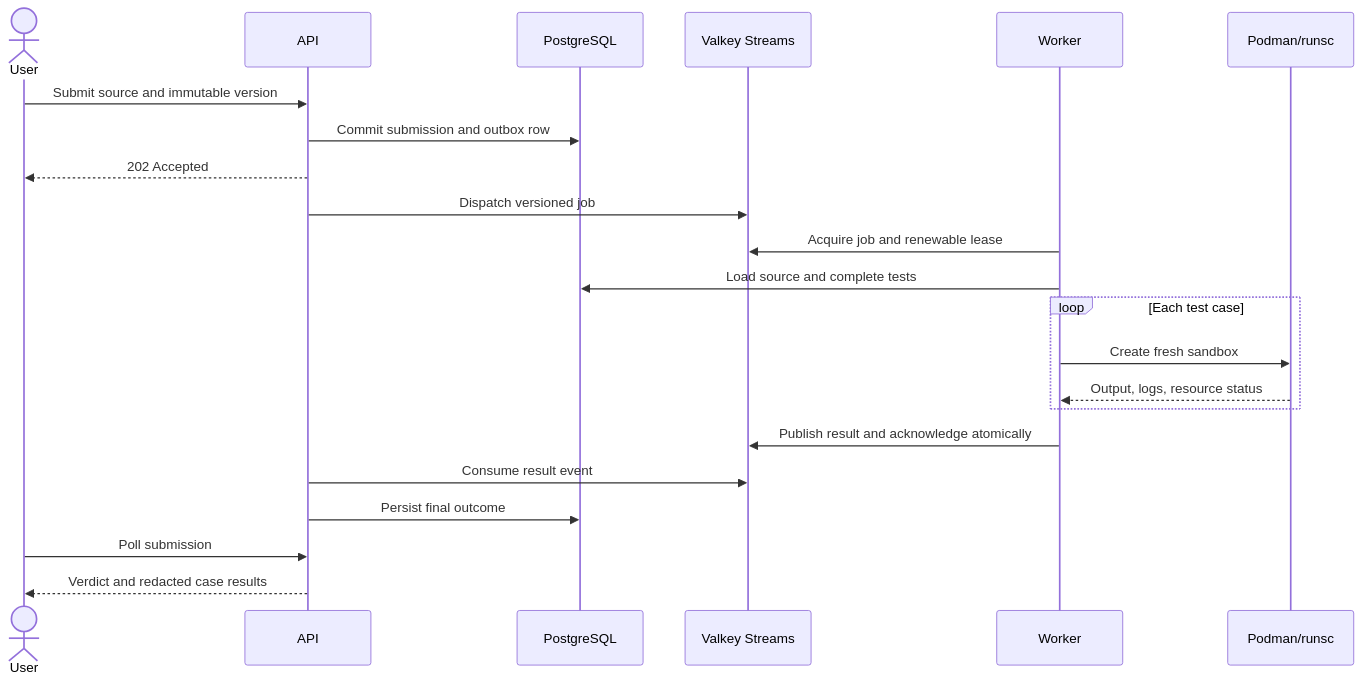
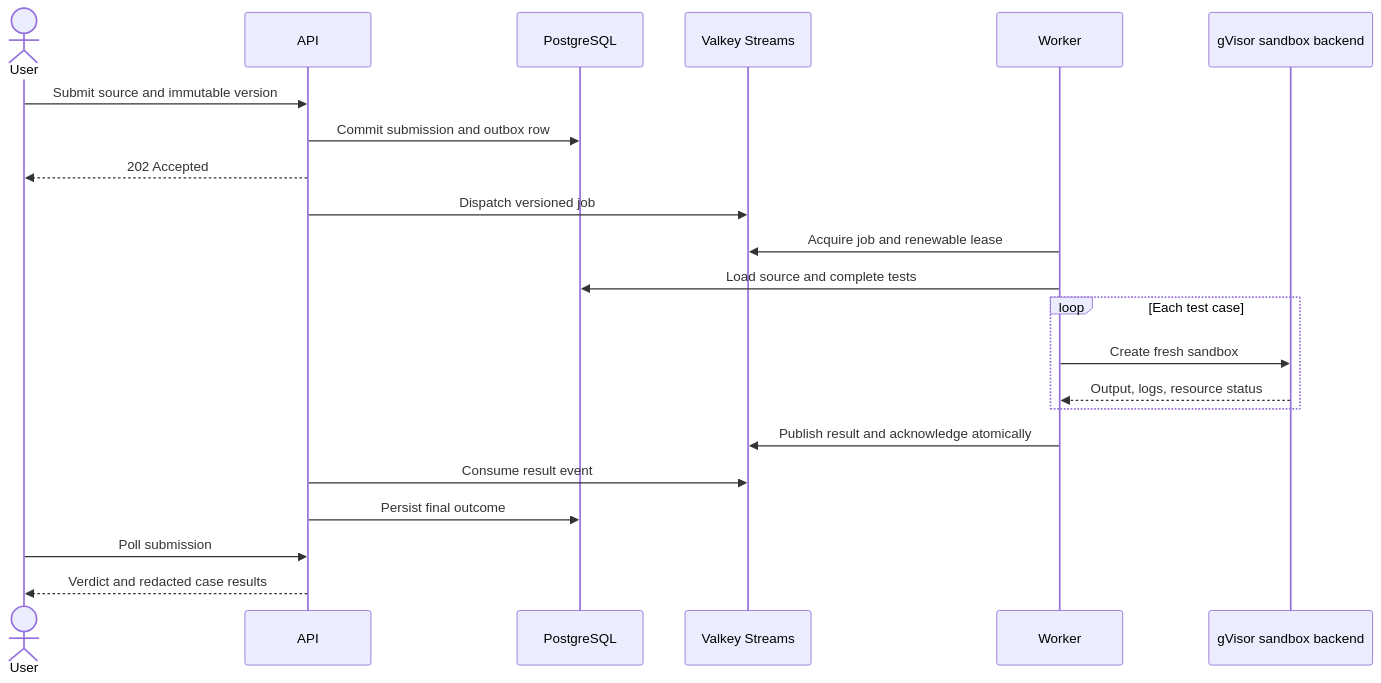
One commit to UltimateBoomer/j0coder changed the second of 4 diagrams in docs/architecture.md. Above: the diagram before and after it, drawn with Mermaid. The commit also changed other lines of this file and 3 other files, not shown here.

````diff
--- a/docs/architecture.md
+++ b/docs/architecture.md
@@ -52,25 +52,25 @@
 ```mermaid
 sequenceDiagram
     actor User
     participant API
     participant DB as PostgreSQL
     participant V as Valkey Streams
     participant W as Worker
-    participant P as Podman/runsc
+    participant P as gVisor sandbox backend
 
     User->>API: Submit source and immutable version
     API->>DB: Commit submission and outbox row
     API-->>User: 202 Accepted
     API->>V: Dispatch versioned job
     W->>V: Acquire job and renewable lease
     W->>DB: Load source and complete tests
     loop Each test case
         W->>P: Create fresh sandbox
         P-->>W: Output, logs, resource status
     end
     W->>V: Publish result and acknowledge atomically
     API->>V: Consume result event
     API->>DB: Persist final outcome
     User->>API: Poll submission
     API-->>User: Verdict and redacted case results
 ```
````
